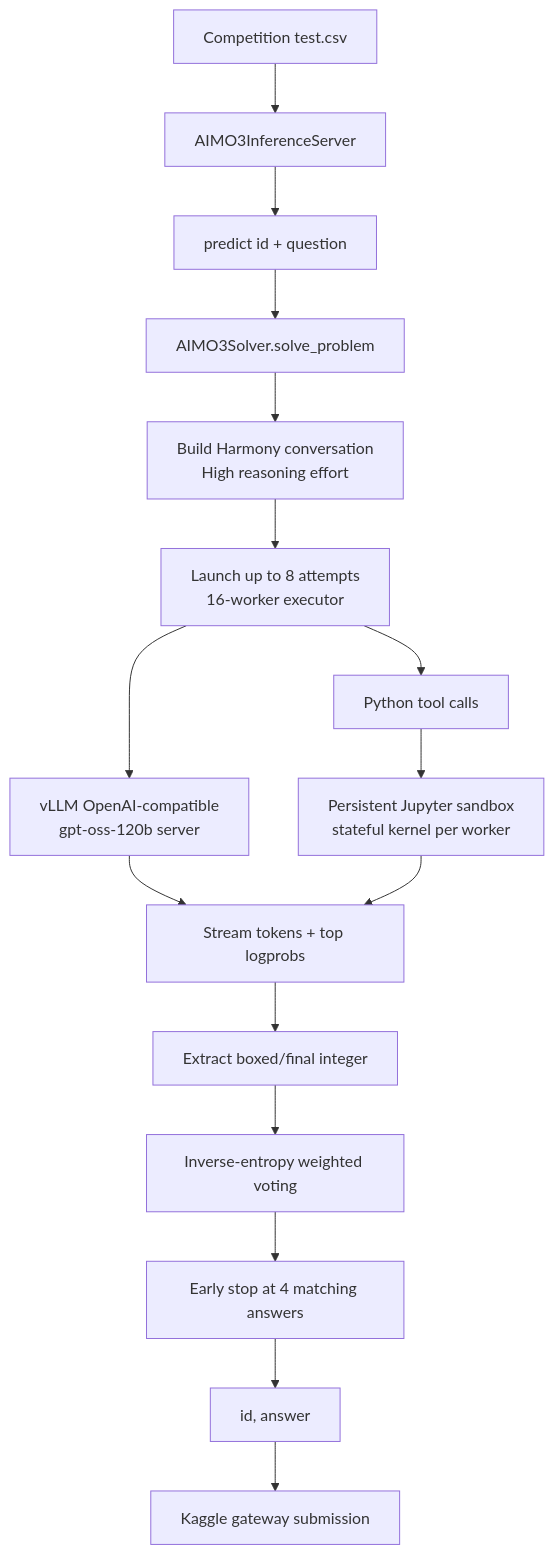
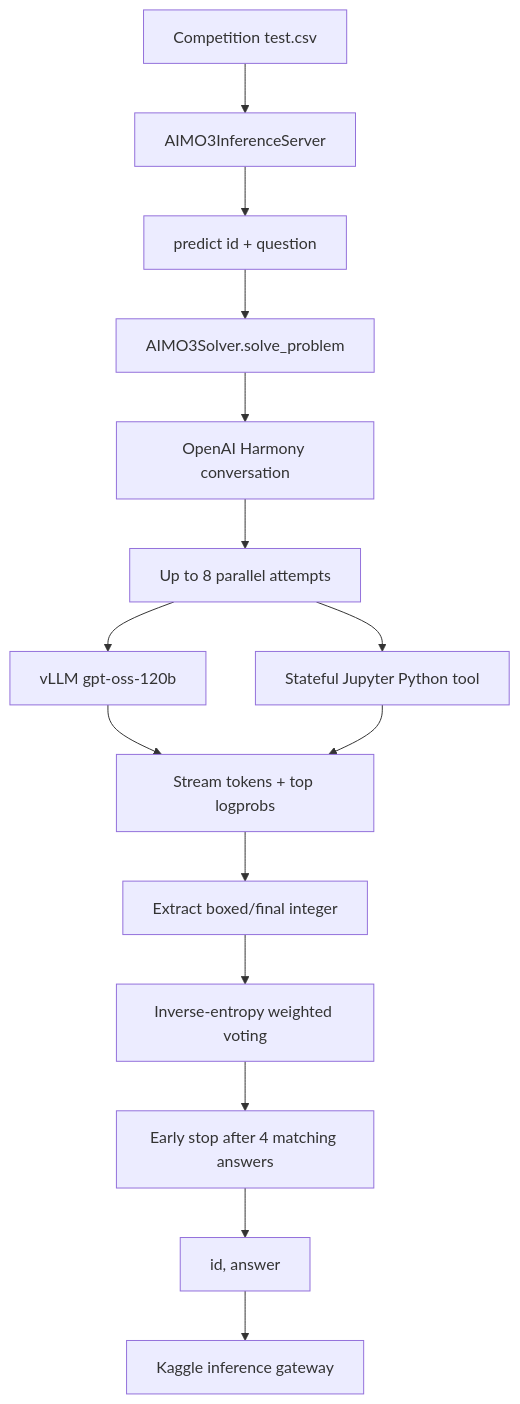
One commit to huajianv587/ai-mathematical-olympiad-progress-prize-3_huajian changed the diagram in README.md. Above: the diagram before and after it, drawn with Mermaid. The commit also changed other lines of this file and 1 other file, not shown here.

````diff
--- a/README.md
+++ b/README.md
@@ -40,18 +37,17 @@
 ```mermaid
 graph TD
     A[Competition test.csv] --> B[AIMO3InferenceServer]
     B --> C[predict id + question]
     C --> D[AIMO3Solver.solve_problem]
-    D --> E[Build Harmony conversation\nHigh reasoning effort]
-    E --> F[Launch up to 8 attempts\n16-worker executor]
-    F --> G[vLLM OpenAI-compatible\ngpt-oss-120b server]
-    F --> H[Python tool calls]
-    H --> I[Persistent Jupyter sandbox\nstateful kernel per worker]
-    G --> J[Stream tokens + top logprobs]
-    I --> J
-    J --> K[Extract boxed/final integer]
-    K --> L[Inverse-entropy weighted voting]
-    L --> M[Early stop at 4 matching answers]
-    M --> N[id, answer]
-    N --> O[Kaggle gateway submission]
+    D --> E[OpenAI Harmony conversation]
+    E --> F[Up to 8 parallel attempts]
+    F --> G[vLLM gpt-oss-120b]
+    F --> H[Stateful Jupyter Python tool]
+    G --> I[Stream tokens + top logprobs]
+    H --> I
+    I --> J[Extract boxed/final integer]
+    J --> K[Inverse-entropy weighted voting]
+    K --> L[Early stop after 4 matching answers]
+    L --> M[id, answer]
+    M --> N[Kaggle inference gateway]
 ```
````
